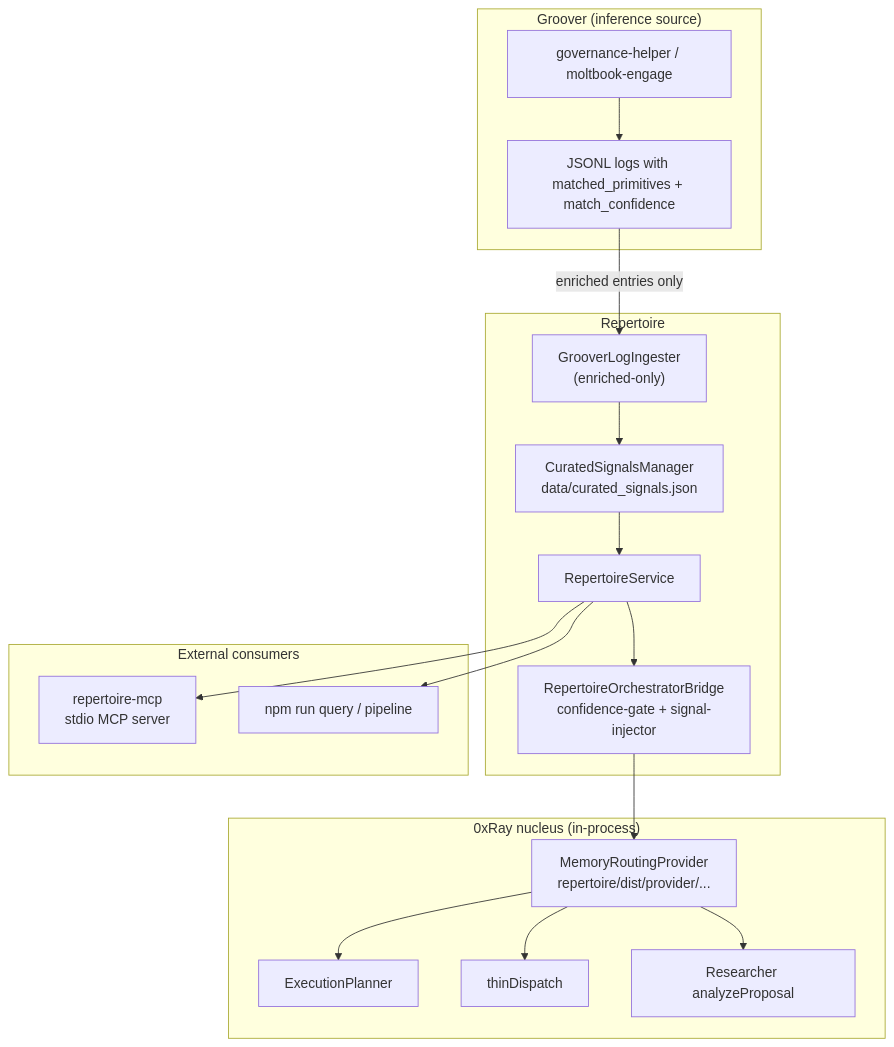
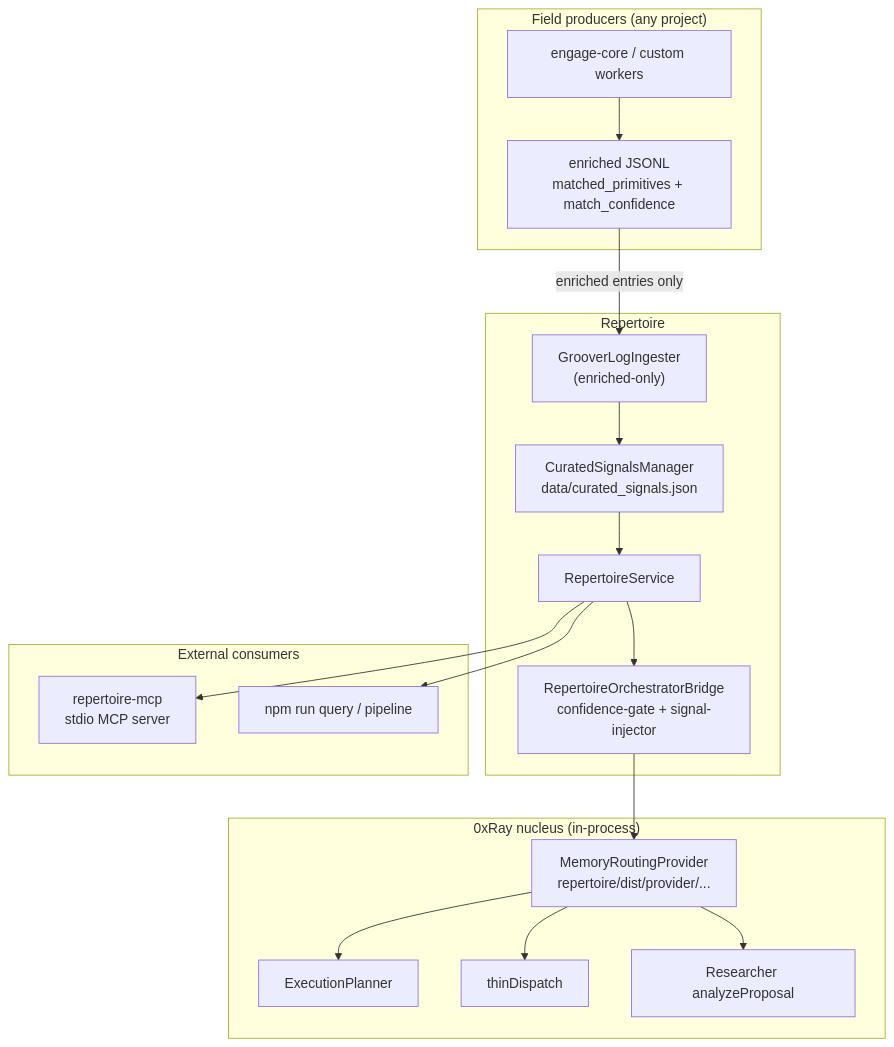
One commit to htafolla/repertoire changed the diagram in ARCHITECTURE.md. Above: the diagram before and after it, drawn with Mermaid. The commit also changed 4 other files, not shown here.

First line of the commit message:
docs: frame Moltbook as optional field add-on, mark A3.1 done

````diff
--- a/ARCHITECTURE.md
+++ b/ARCHITECTURE.md
@@ -11,38 +11,38 @@
 ```mermaid
 flowchart TB
-  subgraph Groover["Groover (inference source)"]
-    G1["governance-helper / moltbook-engage"]
-    G2["JSONL logs with matched_primitives + match_confidence"]
+  subgraph Producers["Field producers (any project)"]
+    G1["engage-core / custom workers"]
+    G2["enriched JSONL\nmatched_primitives + match_confidence"]
     G1 --> G2
   end
 
   subgraph Repertoire["Repertoire"]
     I["GrooverLogIngester\n(enriched-only)"]
     R["CuratedSignalsManager\ndata/curated_signals.json"]
     S["RepertoireService"]
     B["RepertoireOrchestratorBridge\nconfidence-gate + signal-injector"]
     I --> R
     R --> S
     S --> B
   end
 
   subgraph Internal["0xRay nucleus (in-process)"]
     P["MemoryRoutingProvider\nrepertoire/dist/provider/..."]
     EP["ExecutionPlanner"]
     TD["thinDispatch"]
     RS["Researcher analyzeProposal"]
     P --> EP
     P --> TD
     P --> RS
   end
 
   subgraph External["External consumers"]
     MCP["repertoire-mcp\nstdio MCP server"]
     CLI["npm run query / pipeline"]
   end
 
   G2 -->|"enriched entries only"| I
   B --> P
   S --> MCP
   S --> CLI
 ```
````
